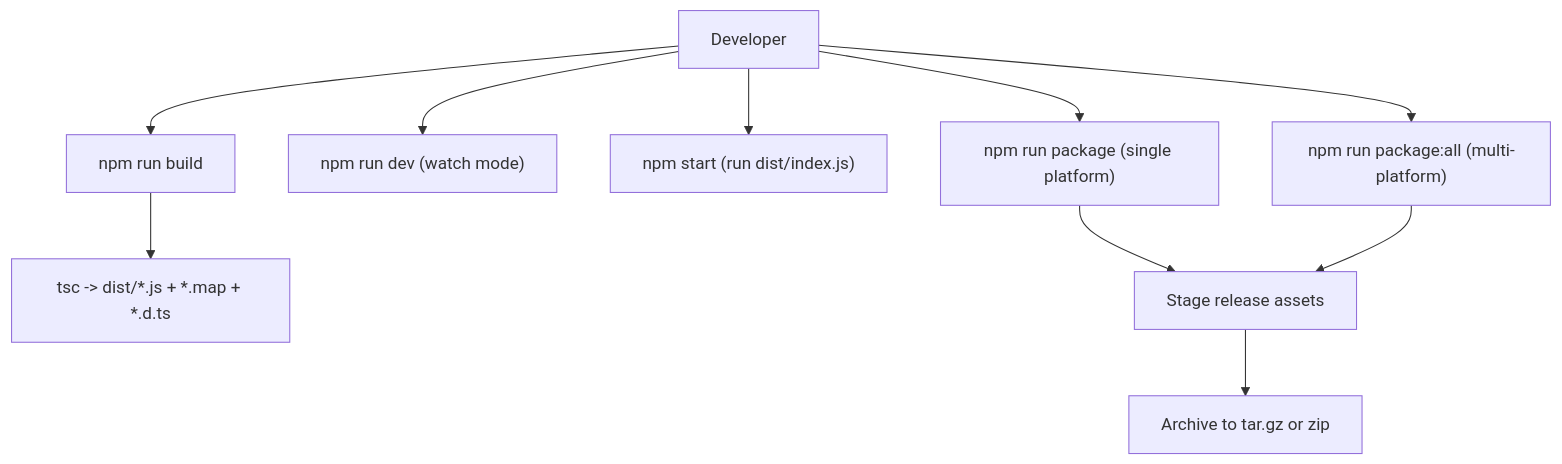
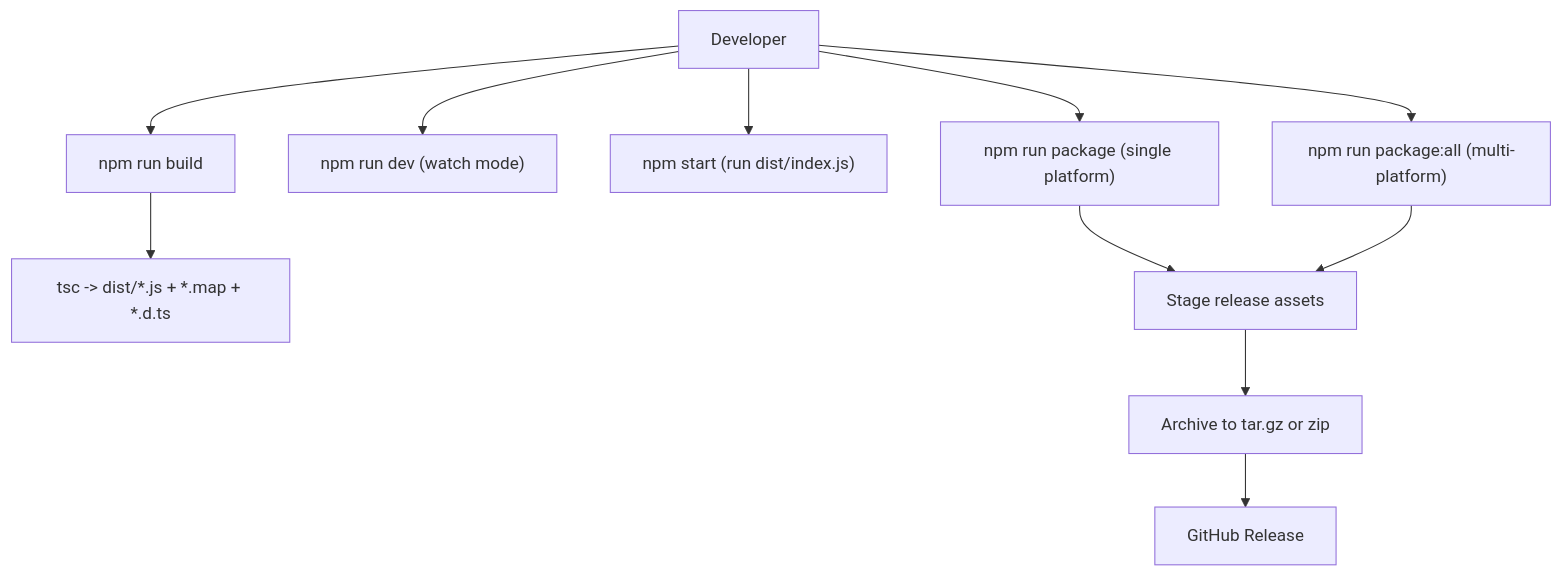
Before and after one commit to austinsonger/GRC-Mapping-Analyst: the fifth of 8 diagrams in .qoder/repowiki/en/content/Gemini CLI Extension and MCP Tools/Gemini CLI Extension and MCP Tools.md, drawn with Mermaid. The commit also changed other lines of this file and 13 other files, not shown here.

````diff
--- a/.qoder/repowiki/en/content/Gemini CLI Extension and MCP Tools/Gemini CLI Extension and MCP Tools.md
+++ b/.qoder/repowiki/en/content/Gemini CLI Extension and MCP Tools/Gemini CLI Extension and MCP Tools.md
@@ -229,12 +247,13 @@
 ```mermaid
 flowchart TD
 Dev["Developer"] --> Build["npm run build"]
 Build --> TSC["tsc -> dist/*.js + *.map + *.d.ts"]
 Dev --> Watch["npm run dev (watch mode)"]
 Dev --> Start["npm start (run dist/index.js)"]
 Dev --> Package["npm run package (single platform)"]
 Dev --> PackageAll["npm run package:all (multi-platform)"]
 Package --> Stage["Stage release assets"]
 PackageAll --> Stage
 Stage --> Archive["Archive to tar.gz or zip"]
+Archive --> Release["GitHub Release"]
 ```
````
